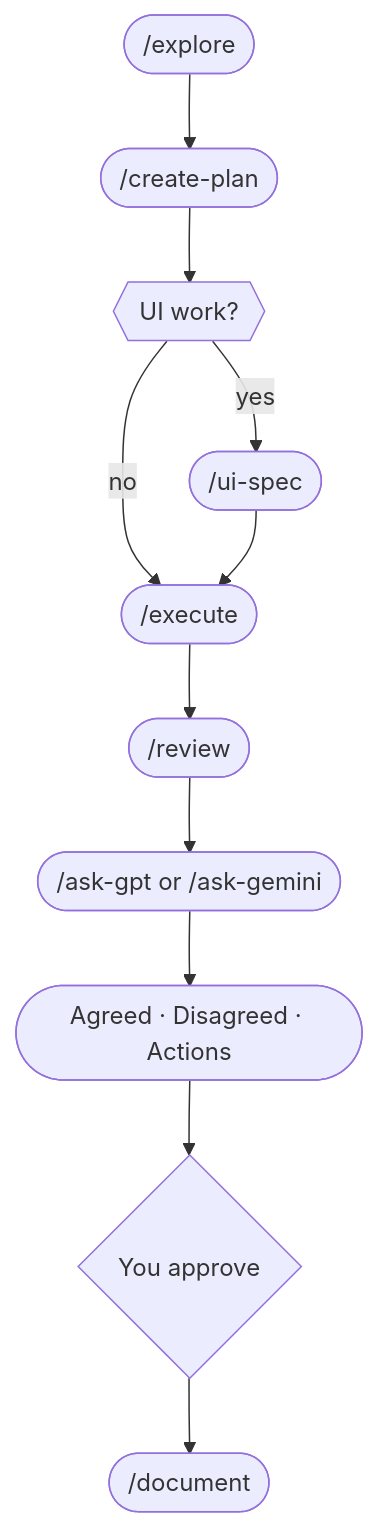
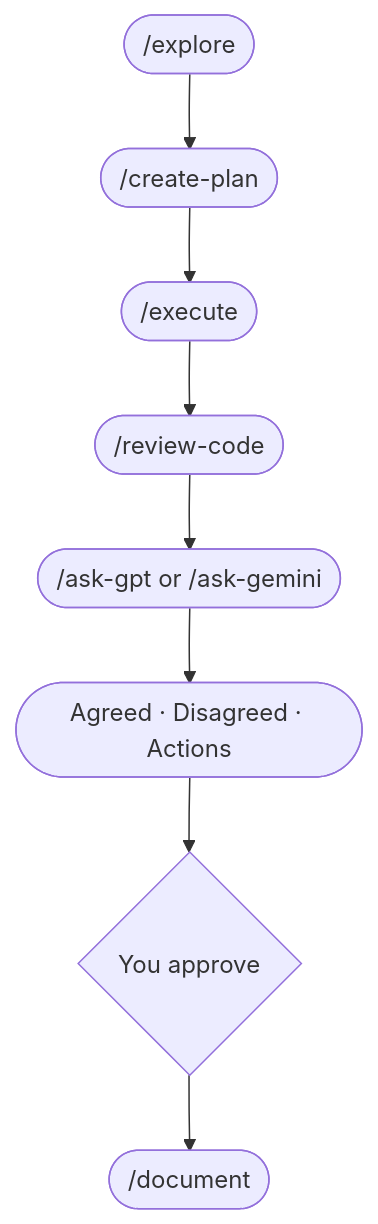
The diagram in README.md (hydraInsurgent/llm-peer-review), drawn with Mermaid before and after one commit. The commit also changed other lines of this file and 19 other files, not shown here.

````diff
--- a/README.md
+++ b/README.md
@@ -13,13 +13,10 @@
 ```mermaid
 flowchart TD
     A(["/explore"]) --> B(["/create-plan"])
-    B --> B2{{"UI work?"}}
-    B2 -->|yes| B3(["/ui-spec"])
-    B2 -->|no| C
-    B3 --> C(["/execute"])
-    C --> D(["/review"])
+    B --> C(["/execute"])
+    C --> D(["/review-code"])
     D --> E(["/ask-gpt or /ask-gemini"])
     E --> F(["Agreed · Disagreed · Actions"])
     F --> G{"You approve"}
     G --> H(["/document"])
 ```
````
